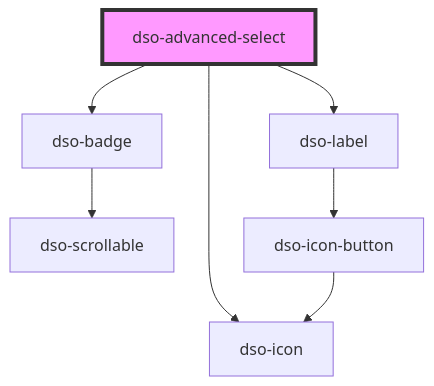
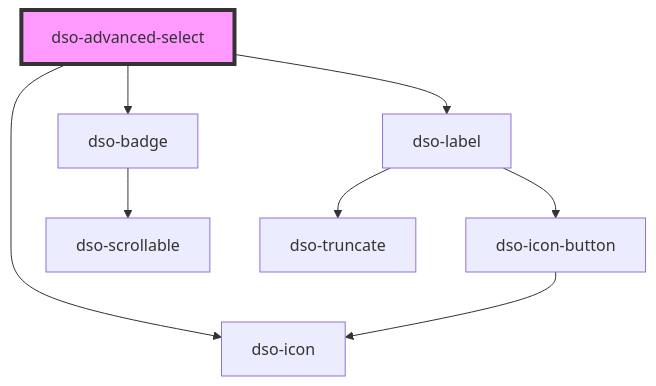
Before and after one commit to dso-toolkit/dso-toolkit: the diagram in packages/core/src/components/advanced-select/readme.md, drawn with Mermaid. The commit also changed 54 other files, not shown here.

````diff
--- a/packages/core/src/components/advanced-select/readme.md
+++ b/packages/core/src/components/advanced-select/readme.md
@@ -34,10 +34,11 @@
 ```mermaid
 graph TD;
   dso-advanced-select --> dso-icon
   dso-advanced-select --> dso-badge
   dso-advanced-select --> dso-label
   dso-badge --> dso-scrollable
+  dso-label --> dso-truncate
   dso-label --> dso-icon-button
   dso-icon-button --> dso-icon
   style dso-advanced-select fill:#f9f,stroke:#333,stroke-width:4px
 ```
````
